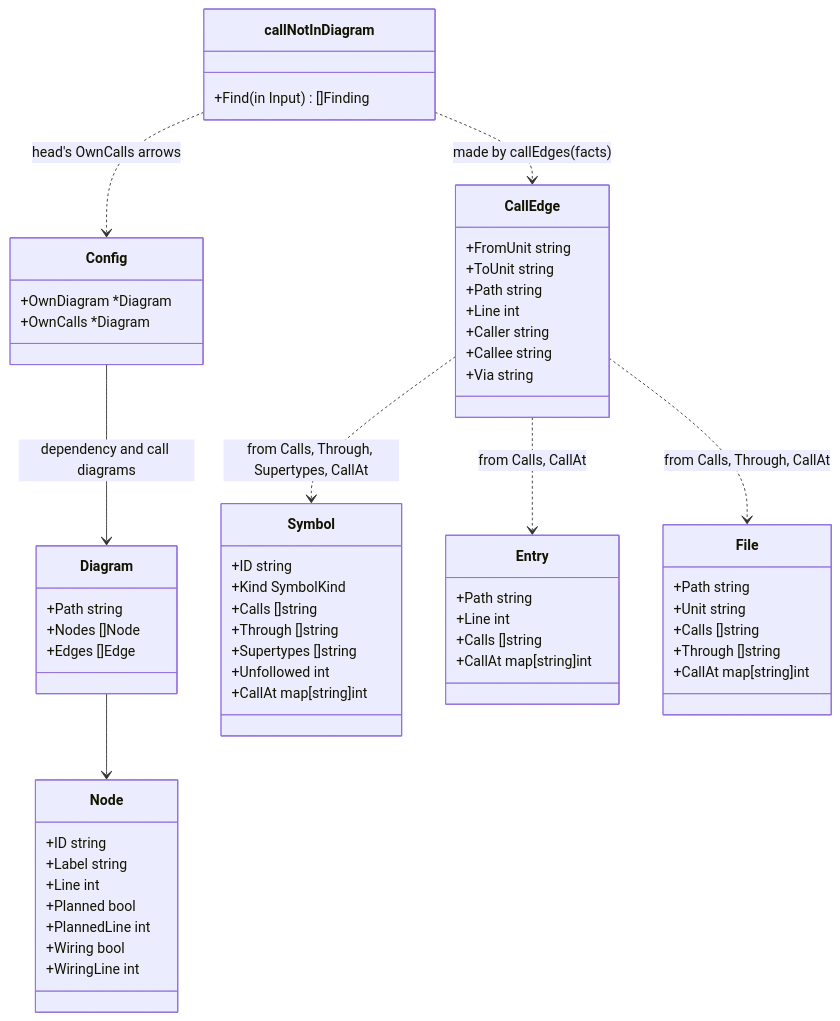
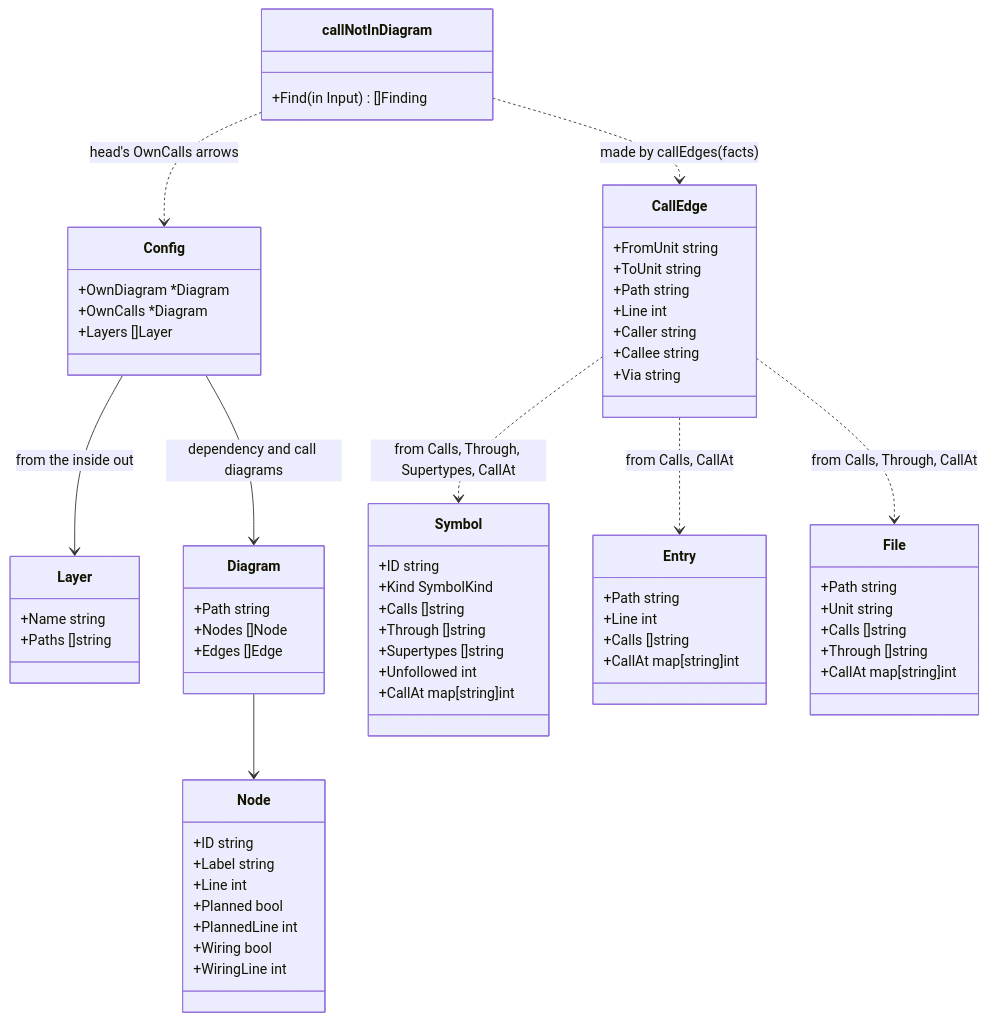
The diagram in docs/design/rules-deps.md (rerorets/hadome), drawn with Mermaid before and after one commit. The commit also changed other lines of this file and 7 other files, not shown here.

````diff
--- a/docs/design/rules-deps.md
+++ b/docs/design/rules-deps.md
@@ -175,62 +204,68 @@
 ```mermaid
 classDiagram
   class Config {
     +OwnDiagram *Diagram
     +OwnCalls *Diagram
+    +Layers []Layer
+  }
+  class Layer {
+    +Name string
+    +Paths []string
   }
   class Diagram {
     +Path string
     +Nodes []Node
     +Edges []Edge
   }
   class Node {
     +ID string
     +Label string
     +Line int
     +Planned bool
     +PlannedLine int
     +Wiring bool
     +WiringLine int
   }
   class Symbol {
     +ID string
     +Kind SymbolKind
     +Calls []string
     +Through []string
     +Supertypes []string
     +Unfollowed int
     +CallAt map[string]int
   }
   class Entry {
     +Path string
     +Line int
     +Calls []string
     +CallAt map[string]int
   }
   class File {
     +Path string
     +Unit string
     +Calls []string
     +Through []string
     +CallAt map[string]int
   }
   class CallEdge {
     +FromUnit string
     +ToUnit string
     +Path string
     +Line int
     +Caller string
     +Callee string
     +Via string
   }
   class callNotInDiagram {
     +Find(in Input) []Finding
   }
   Config --> Diagram : dependency and call diagrams
+  Config --> Layer : from the inside out
   Diagram --> Node
   callNotInDiagram ..> CallEdge : made by callEdges(facts)
   CallEdge ..> Symbol : from Calls, Through, Supertypes, CallAt
   CallEdge ..> Entry : from Calls, CallAt
   CallEdge ..> File : from Calls, Through, CallAt
   callNotInDiagram ..> Config : head's OwnCalls arrows
 ```
````
